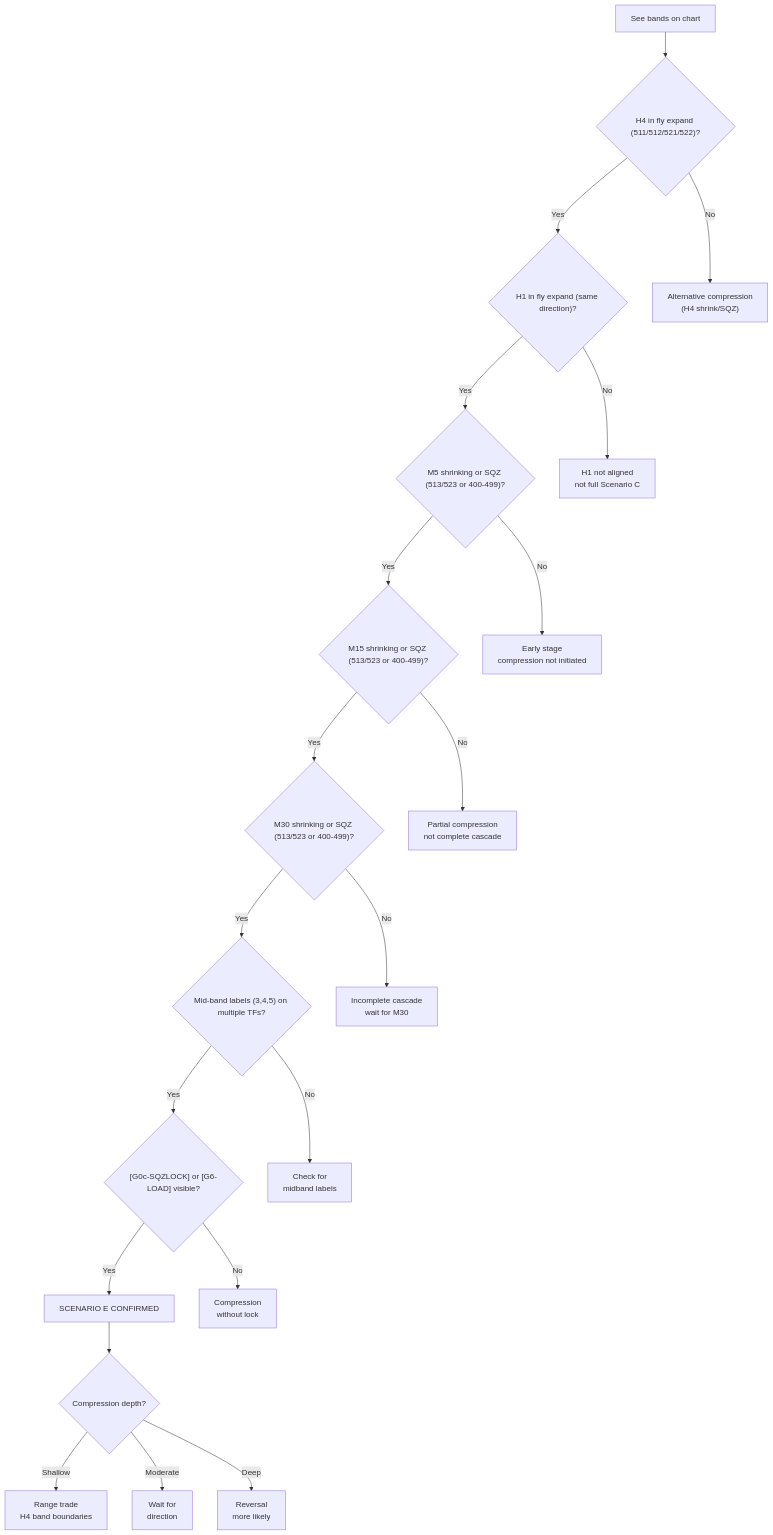
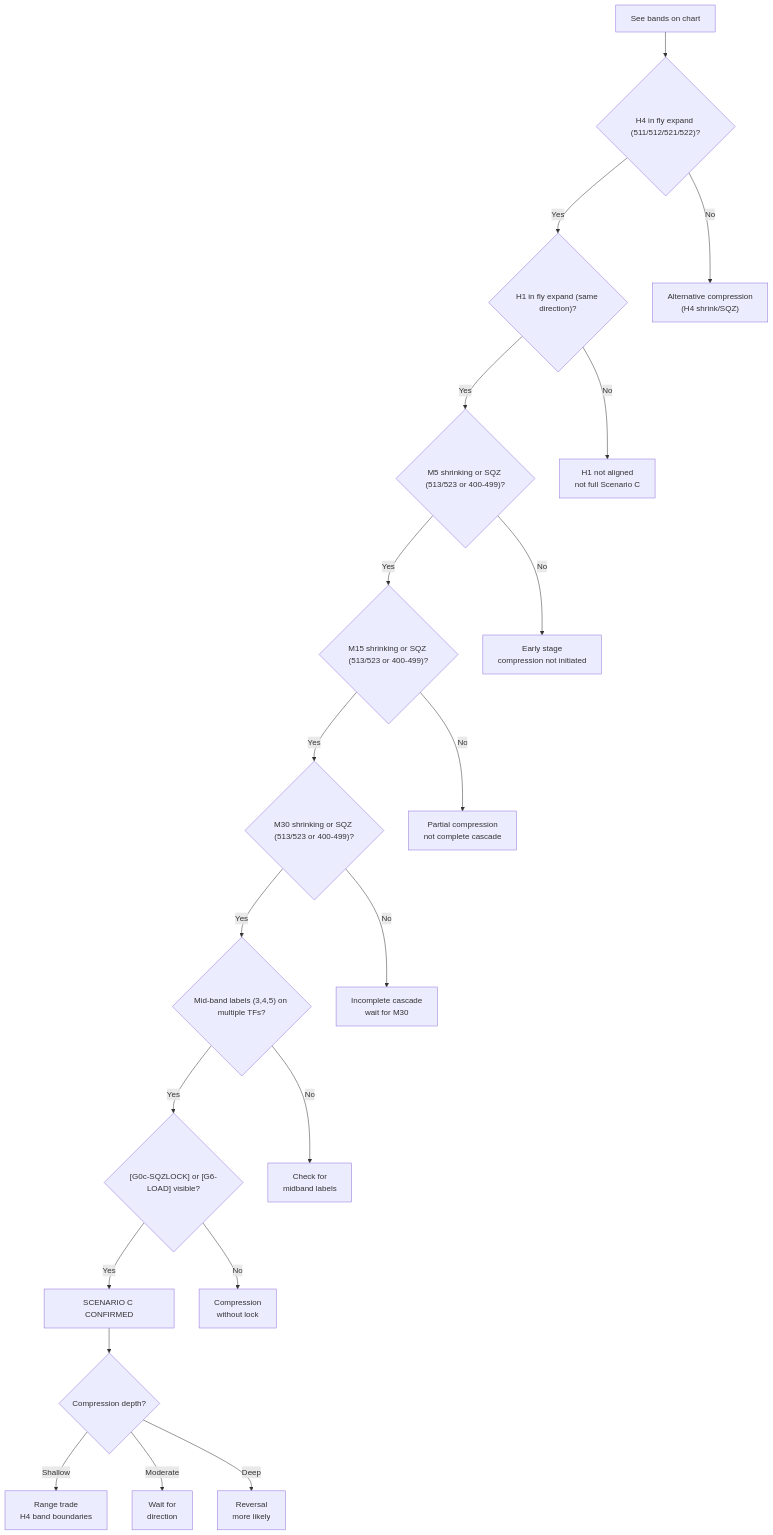
The ninth of 17 diagrams in references/backtest_chart_analysis.md (Terrypang89/BB_MTF_M15_STRATEGY), drawn with Mermaid before and after one commit. The commit also changed other lines of this file, not shown here.

First line of the commit message:
Complete scenario remap in backtest_chart_analysis.md

````diff
--- a/references/backtest_chart_analysis.md
+++ b/references/backtest_chart_analysis.md
@@ -2053,22 +2053,22 @@
 ```mermaid
 flowchart TD
     A["See bands on chart"] --> B{"H4 in fly expand (511/512/521/522)?"}
     B -->|Yes| C{"H1 in fly expand (same direction)?"}
     C -->|Yes| D{"M5 shrinking or SQZ (513/523 or 400-499)?"}
     D -->|Yes| E{"M15 shrinking or SQZ (513/523 or 400-499)?"}
     E -->|Yes| F{"M30 shrinking or SQZ (513/523 or 400-499)?"}
     F -->|Yes| G{"Mid-band labels (3,4,5) on multiple TFs?"}
     G -->|Yes| H{"[G0c-SQZLOCK] or [G6-LOAD] visible?"}
-    H -->|Yes| I["SCENARIO E CONFIRMED"]
+    H -->|Yes| I["SCENARIO C CONFIRMED"]
     I --> J{"Compression depth?"}
     J -->|Shallow| K["Range trade\nH4 band boundaries"]
     J -->|Moderate| L["Wait for\ndirection"]
     J -->|Deep| M["Reversal\nmore likely"]
     H -->|No| N["Compression\nwithout lock"]
     G -->|No| O["Check for\nmidband labels"]
     F -->|No| P["Incomplete cascade\nwait for M30"]
     E -->|No| Q["Partial compression\nnot complete cascade"]
     D -->|No| R["Early stage\ncompression not initiated"]
     C -->|No| S["H1 not aligned\nnot full Scenario C"]
     B -->|No| T["Alternative compression\n(H4 shrink/SQZ)"]
 ```
````
